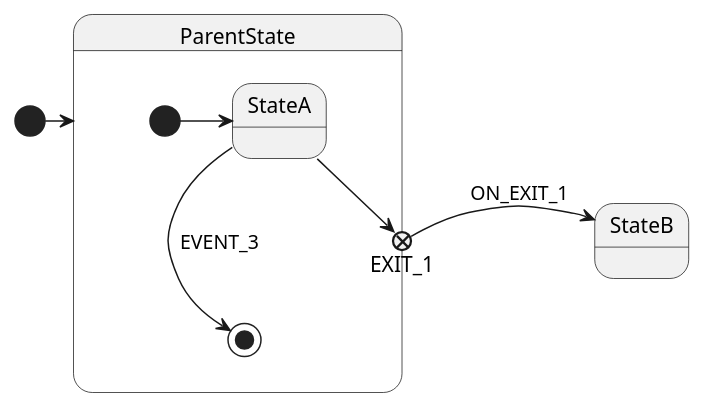
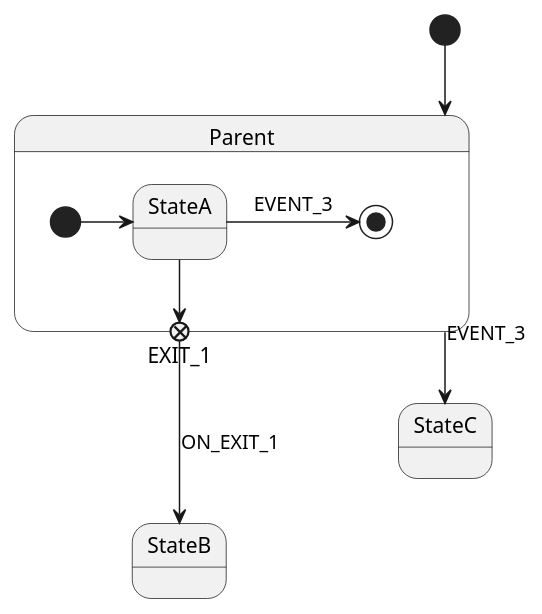
One commit to igor-krechetov/hsmcpp-doc changed the diagram in source/features/substates/substates_sample.pu. Above: the diagram before and after it, drawn with PlantUML. The commit also changed 21 other files, not shown here.

```diff
--- a/source/features/substates/substates_sample.pu
+++ b/source/features/substates/substates_sample.pu
@@ -1,15 +1,20 @@
 @startuml
 
-[*] -right-> ParentState
+[*] --> Parent
 
-state ParentState {
-    [*] -right-> StateA
+state StateB
+
+state Parent {
+    [*] -> StateA
 
     state EXIT_1 <<exitPoint>>
-    StateA -right-> EXIT_1: EVENT_2
-    StateA --> [*]: EVENT_3
+    StateA -> EXIT_1: EVENT_2
+    StateA -> [*]: EVENT_3
+
+    EXIT_1 --> StateB: ON_EXIT_1
 }
 
-EXIT_1 -right-> StateB: ON_EXIT_1
+Parent --> StateC: EVENT_3
+
 
 @enduml
```
